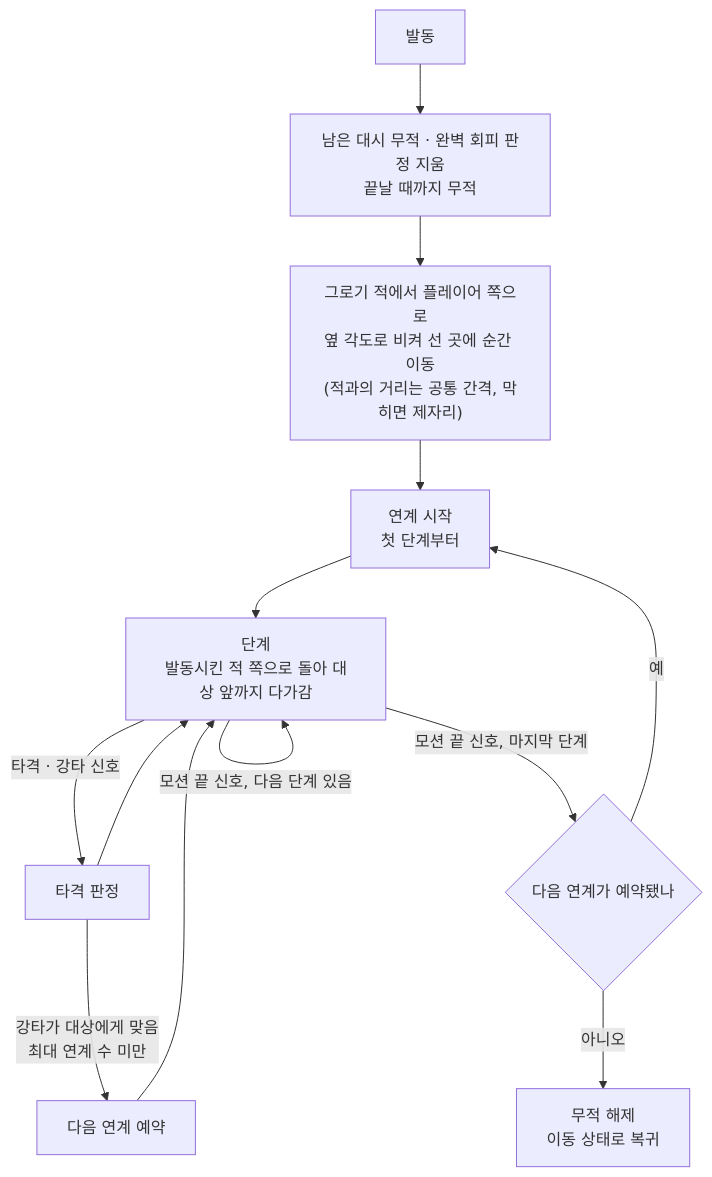
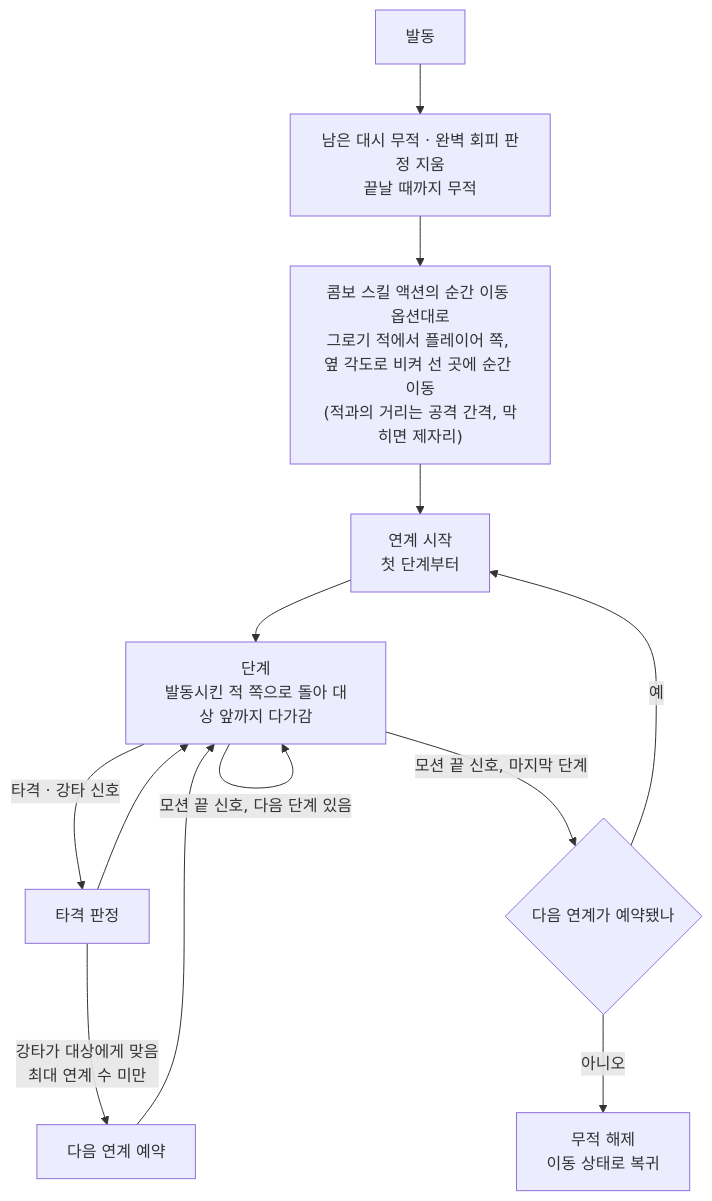
The second of 2 diagrams in Docs/Technical/Player/PlayerComboSkill.md (SquashPrince/Develrocket_mp15_HHH), drawn with Mermaid before and after one commit. The commit also changed other lines of this file and 7 other files, not shown here.

````diff
--- a/Docs/Technical/Player/PlayerComboSkill.md
+++ b/Docs/Technical/Player/PlayerComboSkill.md
@@ -50,15 +52,15 @@
 ```mermaid
 flowchart TD
     S["발동"] --> E["남은 대시 무적 · 완벽 회피 판정 지움<br>끝날 때까지 무적"]
-    E --> M["그로기 적에서 플레이어 쪽으로<br>옆 각도로 비켜 선 곳에 순간 이동<br>(적과의 거리는 공통 간격, 막히면 제자리)"]
+    E --> M["콤보 스킬 액션의 순간 이동 옵션대로<br>그로기 적에서 플레이어 쪽, 옆 각도로 비켜 선 곳에 순간 이동<br>(적과의 거리는 공격 간격, 막히면 제자리)"]
     M --> C["연계 시작<br>첫 단계부터"]
     C --> A["단계<br>발동시킨 적 쪽으로 돌아 대상 앞까지 다가감"]
     A -->|"타격 · 강타 신호"| H["타격 판정"]
     H --> A
     H -->|"강타가 대상에게 맞음<br>최대 연계 수 미만"| Q["다음 연계 예약"]
     Q --> A
     A -->|"모션 끝 신호, 다음 단계 있음"| A
     A -->|"모션 끝 신호, 마지막 단계"| R{"다음 연계가 예약됐나"}
     R -->|"예"| C
     R -->|"아니오"| L["무적 해제<br>이동 상태로 복귀"]
 ```
````
